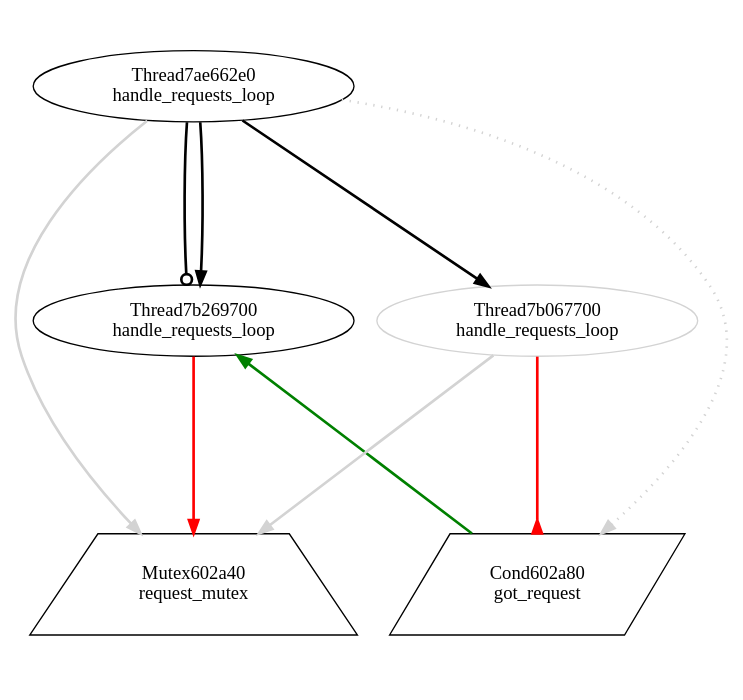
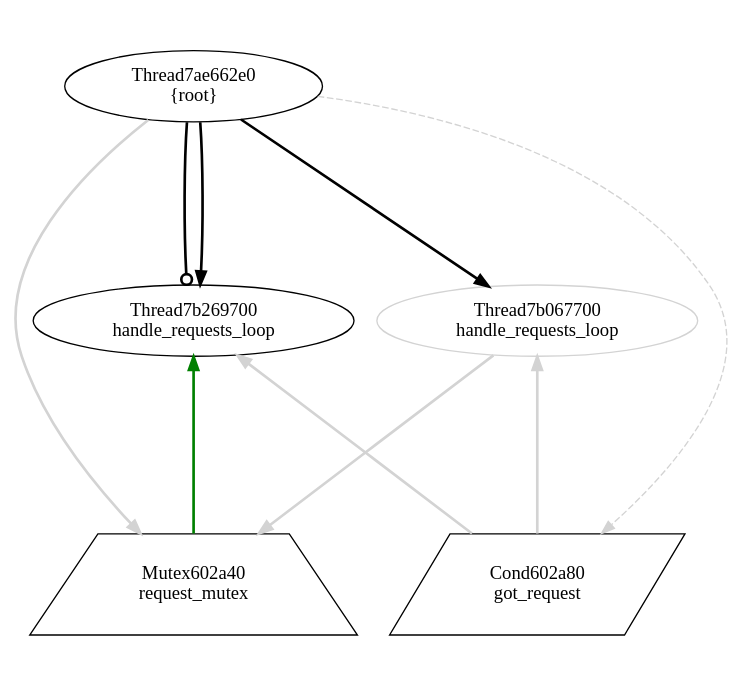
The diagram in view/dot/graph047.dot (v4o6/cs410), drawn with Graphviz before and after one commit. The commit also changed 102 other files, not shown here.

Commit message:
root thread's function should be unknown

```diff
--- a/view/dot/graph047.dot
+++ b/view/dot/graph047.dot
@@ -1,17 +1,17 @@
 digraph G {
 graph[center=true, ratio=1];
 Mutex602a40 [shape=trapezium,color=black,label="Mutex602a40\nrequest_mutex"];
 Cond602a80 [shape=parallelogram,color=black,label="Cond602a80\ngot_request"];
-Thread7ae662e0 [color=black,label="Thread7ae662e0\nhandle_requests_loop"];
+Thread7ae662e0 [color=black,label="Thread7ae662e0\n{root}"];
 Thread7ae662e0 -> Thread7b269700 [arrowhead=odot,penwidth=2];
 Thread7ae662e0 -> Mutex602a40 [arrowhead=normal,color=lightgray,penwidth=2];
-Thread7ae662e0 -> Cond602a80 [style=dotted,color=lightgray,penwidth=2];
+Thread7ae662e0 -> Cond602a80 [style=dashed,color=lightgray,penwdith=2];
 Thread7ae662e0 -> Thread7b269700 [arrowhead=normal,penwidth=2];
 Thread7ae662e0 -> Thread7b067700 [arrowhead=normal,penwidth=2];
 Thread7b269700 [color=black,label="Thread7b269700\nhandle_requests_loop"];
-Thread7b269700 -> Mutex602a40 [arrowhead=normal,color=red,penwidth=2];
-Thread7b269700 -> Cond602a80 [arrowhead=inv,color=green,dir=back,penwidth=2];
+Thread7b269700 -> Mutex602a40 [arrowhead=normal,color=green,dir=back,penwidth=2];
+Thread7b269700 -> Cond602a80 [arrowhead=normal,color=lightgray,dir=back,penwidth=2];
 Thread7b067700 [color=lightgray,label="Thread7b067700\nhandle_requests_loop"];
 Thread7b067700 -> Mutex602a40 [arrowhead=normal,color=lightgray,penwidth=2];
-Thread7b067700 -> Cond602a80 [arrowhead=inv,color=red,penwidth=2];
+Thread7b067700 -> Cond602a80 [arrowhead=normal,color=lightgray,dir=back,penwidth=2];
 }
```
